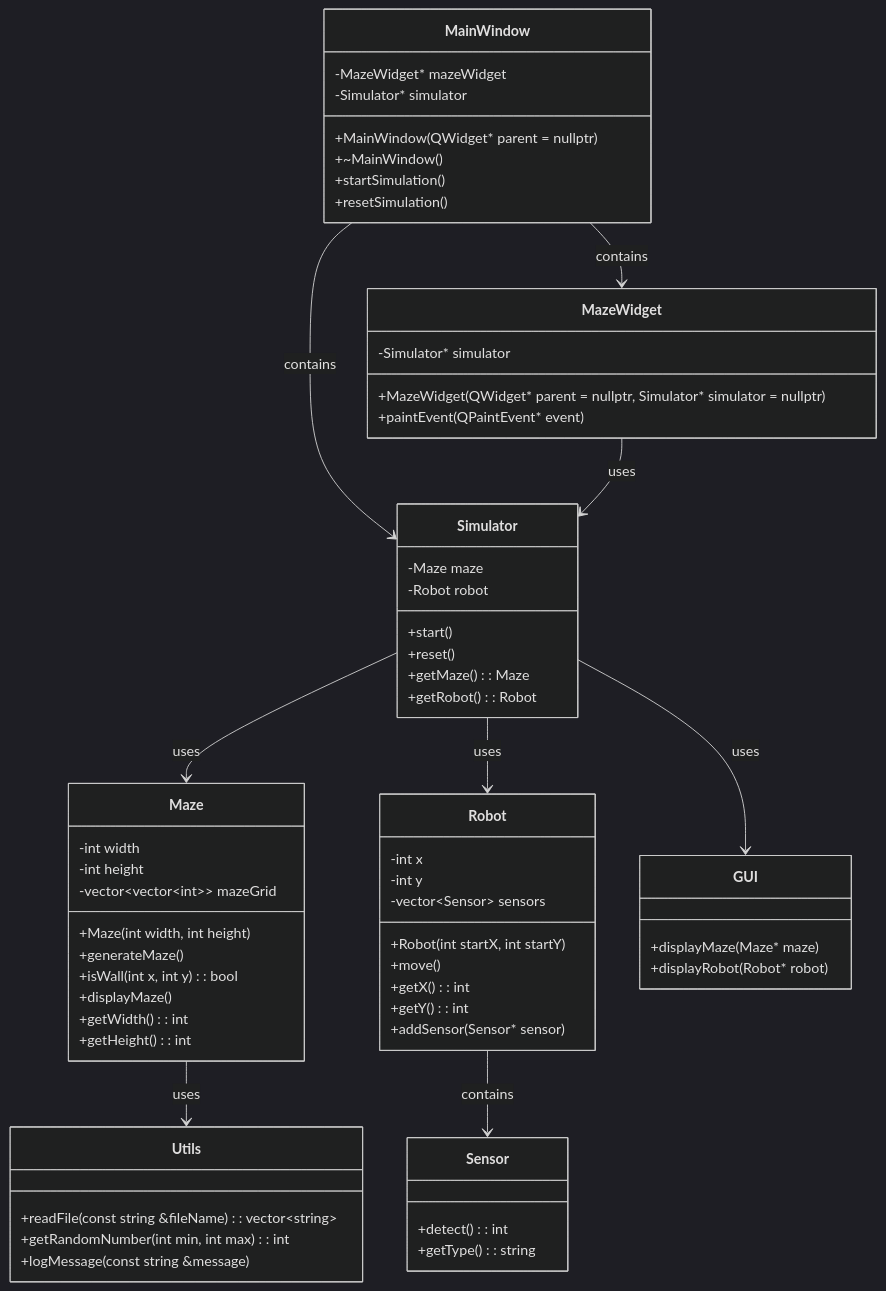
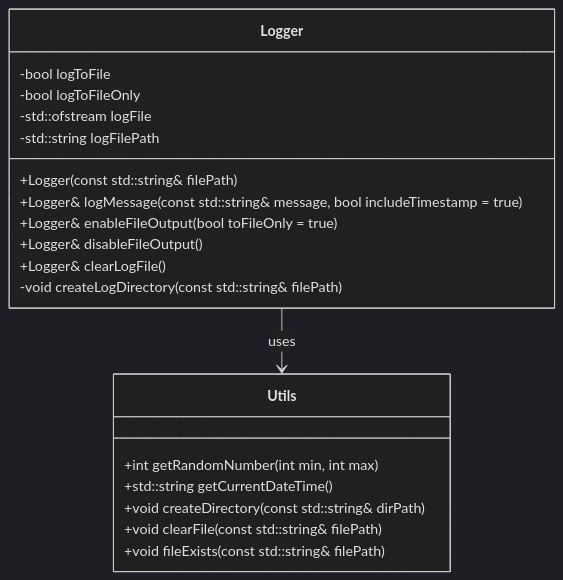
The diagram in README.md (Gl0dny/micromouse-simulator), drawn with Mermaid (dark theme) before and after one commit.

Commit message:
class diagram init - mermaid format

````diff
--- a/README.md
+++ b/README.md
@@ -106,75 +106,26 @@
 ```mermaid
 classDiagram
-    class Simulator {
-        -Maze maze
-        -Robot robot
-        +start()
-        +reset()
-        +getMaze() : Maze
-        +getRobot() : Robot
+    class Utils {
+        +int getRandomNumber(int min, int max)
+        +std::string getCurrentDateTime()
+        +void createDirectory(const std::string& dirPath)
+        +void clearFile(const std::string& filePath)
+        +void fileExists(const std::string& filePath)
     }
 
-    class Maze {
-        -int width
-        -int height
-        -vector~vector~int~~ mazeGrid
-        +Maze(int width, int height)
-        +generateMaze()
-        +isWall(int x, int y) : bool
-        +displayMaze()
-        +getWidth() : int
-        +getHeight() : int
+    class Logger {
+        -bool logToFile
+        -bool logToFileOnly
+        -std::ofstream logFile
+        -std::string logFilePath
+        +Logger(const std::string& filePath)
+        +Logger& logMessage(const std::string& message, bool includeTimestamp = true)
+        +Logger& enableFileOutput(bool toFileOnly = true)
+        +Logger& disableFileOutput()
+        +Logger& clearLogFile()
+        -void createLogDirectory(const std::string& filePath)
     }
 
-    class Robot {
-        -int x
-        -int y
-        -vector~Sensor~ sensors
-        +Robot(int startX, int startY)
-        +move()
-        +getX() : int
-        +getY() : int
-        +addSensor(Sensor* sensor)
-    }
-
-    class Sensor {
-        +detect() : int
-        +getType() : string
-    }
-
-    class GUI {
-        +displayMaze(Maze* maze)
-        +displayRobot(Robot* robot)
-    }
-
-    class MainWindow {
-        -MazeWidget* mazeWidget
-        -Simulator* simulator
-        +MainWindow(QWidget* parent = nullptr)
-        +~MainWindow()
-        +startSimulation()
-        +resetSimulation()
-    }
-
-    class MazeWidget {
-        -Simulator* simulator
-        +MazeWidget(QWidget* parent = nullptr, Simulator* simulator = nullptr)
-        +paintEvent(QPaintEvent* event)
-    }
-
-    class Utils {
-        +readFile(const string &fileName) : vector~string~
-        +getRandomNumber(int min, int max) : int
-        +logMessage(const string &message)
-    }
-
-    Simulator --> Maze : uses
-    Simulator --> Robot : uses
-    Simulator --> GUI : uses
-    Maze --> Utils : uses
-    Robot --> Sensor : contains
-    MainWindow --> Simulator : contains
-    MainWindow --> MazeWidget : contains
-    MazeWidget --> Simulator : uses
+    Logger --> Utils : uses
 
 ```
````
